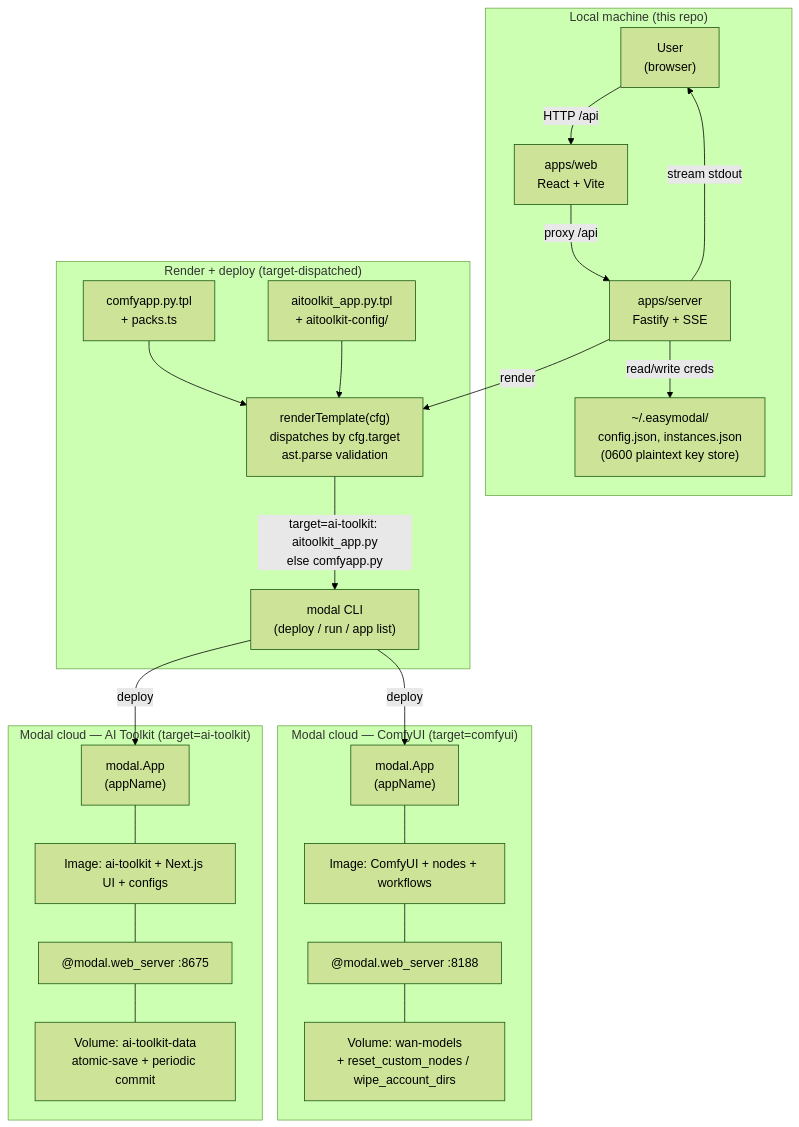
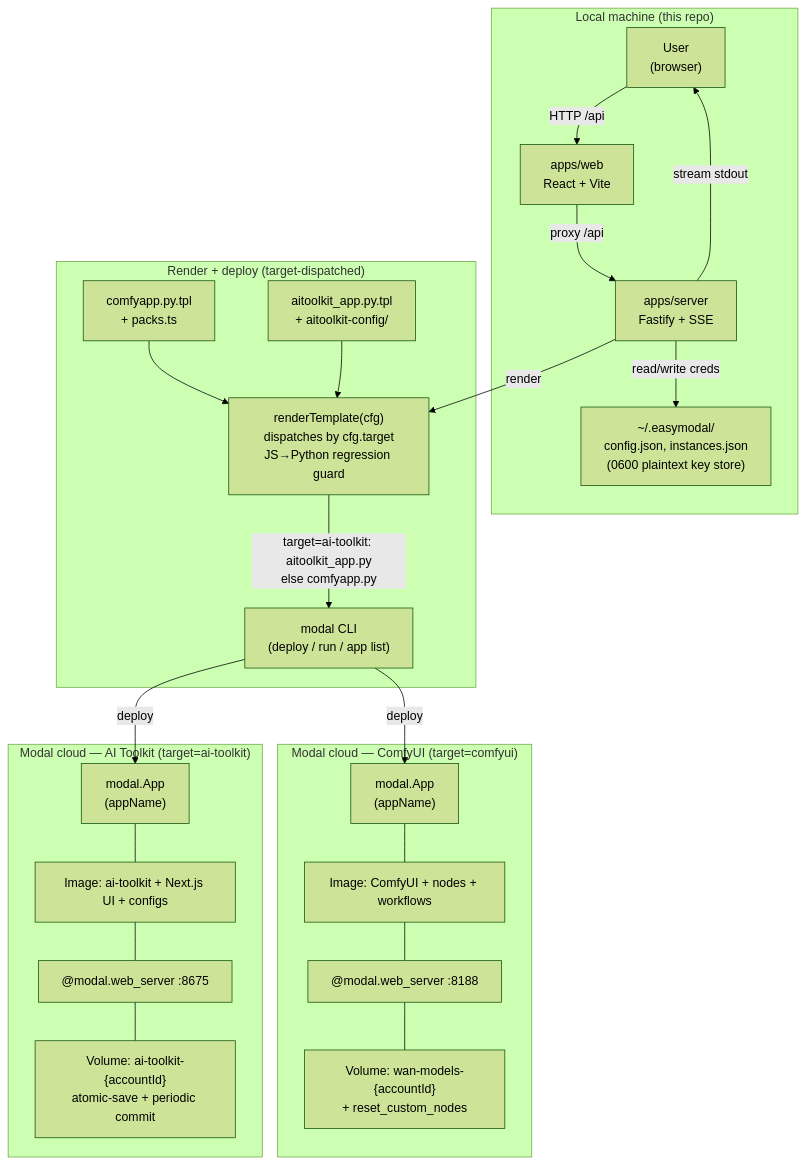
Before and after one commit to rakibzero/EasyModal: the diagram in docs/ARCHITECTURE.md, drawn with Mermaid (forest theme). The commit also changed other lines of this file and 4 other files, not shown here.

First line of the commit message:
docs: sync with per-account volume isolation + deploy hardening

````diff
--- a/docs/ARCHITECTURE.md
+++ b/docs/ARCHITECTURE.md
@@ -24,43 +24,43 @@
 ```mermaid
 graph TD
     subgraph "Local machine (this repo)"
         U["User<br/>(browser)"]
         W["apps/web<br/>React + Vite"]
         S["apps/server<br/>Fastify + SSE"]
         CS["~/.easymodal/<br/>config.json, instances.json<br/>(0600 plaintext key store)"]
     end
 
     subgraph "Render + deploy (target-dispatched)"
         TC["comfyapp.py.tpl<br/>+ packs.ts"]
         TA["aitoolkit_app.py.tpl<br/>+ aitoolkit-config/"]
-        R["renderTemplate(cfg)<br/>dispatches by cfg.target<br/>ast.parse validation"]
+        R["renderTemplate(cfg)<br/>dispatches by cfg.target<br/>JS→Python regression guard"]
         MCLI["modal CLI<br/>(deploy / run / app list)"]
     end
 
     subgraph "Modal cloud — ComfyUI (target=comfyui)"
         APPC["modal.App<br/>(appName)"]
         IMGC["Image: ComfyUI + nodes + workflows"]
         UIC["@modal.web_server :8188"]
-        VLC["Volume: wan-models<br/>+ reset_custom_nodes / wipe_account_dirs"]
+        VLC["Volume: wan-models-{accountId}<br/>+ reset_custom_nodes"]
     end
 
     subgraph "Modal cloud — AI Toolkit (target=ai-toolkit)"
         APPA["modal.App<br/>(appName)"]
         IMGA["Image: ai-toolkit + Next.js UI + configs"]
         UIA["@modal.web_server :8675"]
-        VLA["Volume: ai-toolkit-data<br/>atomic-save + periodic commit"]
+        VLA["Volume: ai-toolkit-{accountId}<br/>atomic-save + periodic commit"]
     end
 
     U -->|HTTP /api| W
     W -->|proxy /api| S
     S -->|read/write creds| CS
     S -->|render| R
     TC --> R
     TA --> R
     R -->|target=ai-toolkit: aitoolkit_app.py<br/>else comfyapp.py| MCLI
     MCLI -->|deploy| APPC
     MCLI -->|deploy| APPA
     APPC --- IMGC --- UIC --- VLC
     APPA --- IMGA --- UIA --- VLA
     S -->|stream stdout| U
 ```
````
